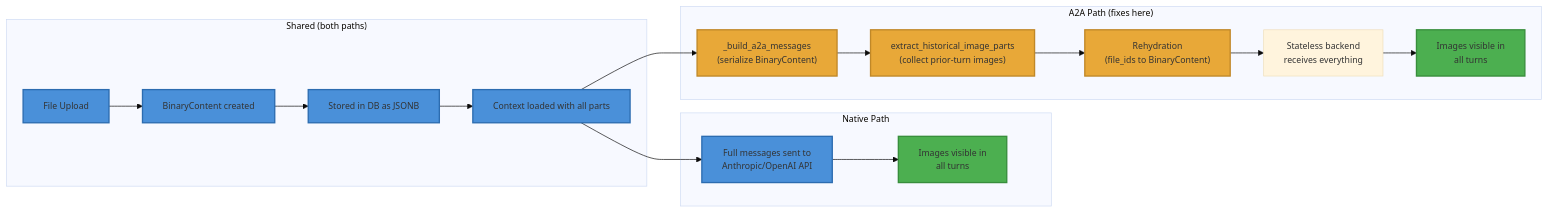
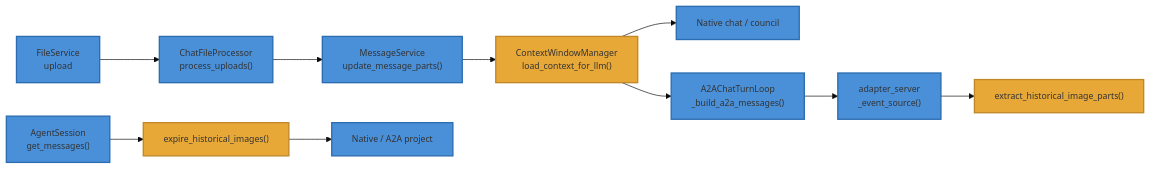
Before and after one commit to Intelligent-Internet/ii-agent: the diagram in docs/design-docs/chat-a2a-image-rehydrate-design.md, drawn with Mermaid. The commit also changed other lines of this file and 34 other files, not shown here.

````diff
--- a/docs/design-docs/chat-a2a-image-rehydrate-design.md
+++ b/docs/design-docs/chat-a2a-image-rehydrate-design.md
@@ -500,29 +32,18 @@
 ```mermaid
 %%{init: {'theme':'base', 'themeVariables': {'fontFamily': 'Arial, sans-serif', 'fontSize': '13px', 'fontWeight': 'normal'}}}%%
 flowchart LR
-    subgraph shared["Shared (both paths)"]
-        A[File Upload] --> B[BinaryContent created]
-        B --> C[Stored in DB as JSONB]
-        C --> D[Context loaded with all parts]
-    end
+    A["FileService<br/>upload"] --> B["ChatFileProcessor<br/>process_uploads()"]
+    B --> C["MessageService<br/>update_message_parts()"]
+    C --> D["ContextWindowManager<br/>load_context_for_llm()"]
+    D --> E["Native chat / council"]
+    D --> F["A2AChatTurnLoop<br/>_build_a2a_messages()"]
+    F --> G["adapter_server<br/>_event_source()"]
+    G --> H["extract_historical_image_parts()"]
+    I["AgentSession<br/>get_messages()"] --> J["expire_historical_images()"]
+    J --> K["Native / A2A project"]
 
-    subgraph native["Native Path"]
-        D --> E[Full messages sent to<br/>Anthropic/OpenAI API]
-        E --> F["Images visible in<br/>all turns"]
-    end
-
-    subgraph a2a["A2A Path (fixes here)"]
-        D --> G["_build_a2a_messages<br/>(serialize BinaryContent)"]
-        G --> H["extract_historical_image_parts<br/>(collect prior-turn images)"]
-        H --> I["Rehydration<br/>(file_ids to BinaryContent)"]
-        I --> J[Stateless backend<br/>receives everything]
-        J --> K["Images visible in<br/>all turns"]
-    end
-
-    classDef primary fill:#4a90d9,stroke:#2c6cb0,stroke-width:2px
-    classDef fix fill:#e8a838,stroke:#c08828,stroke-width:2px
-    classDef good fill:#4caf50,stroke:#388e3c,stroke-width:2px
-    class A,B,C,D,E primary
-    class G,H,I fix
-    class F,K good
+    classDef flow fill:#4a90d9,stroke:#2c6cb0,stroke-width:2px
+    classDef policy fill:#e8a838,stroke:#c08828,stroke-width:2px
+    class A,B,C,E,F,G,I,K flow
+    class D,H,J policy
 ```
````
